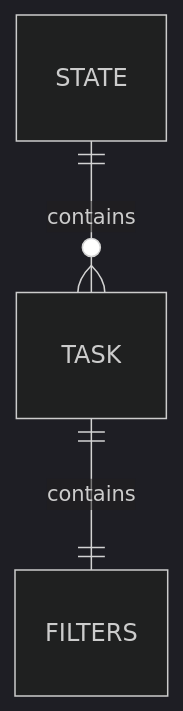
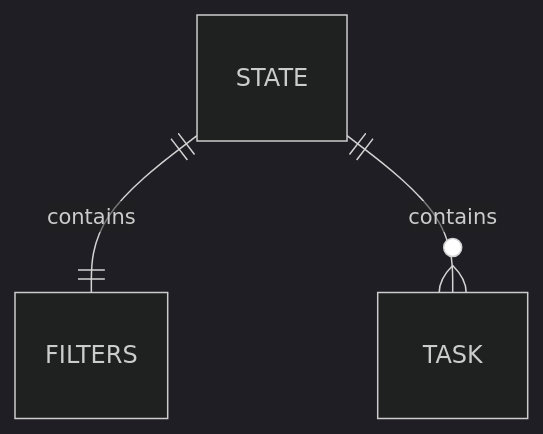
One commit to ElzabeEls/DWA_Part1 changed the diagram in coreConceptsPart1/README.md. Above: the diagram before and after it, drawn with Mermaid (dark theme).

````diff
--- a/coreConceptsPart1/README.md
+++ b/coreConceptsPart1/README.md
@@ -29,11 +29,11 @@
 ```mermaid
 erDiagram
     STATE
     TASK
     FILTERS
 
-    TASK ||--|| FILTERS: contains
+    STATE ||--|| FILTERS: contains
     STATE ||--o{ TASK: contains
     
 
 ```
````
